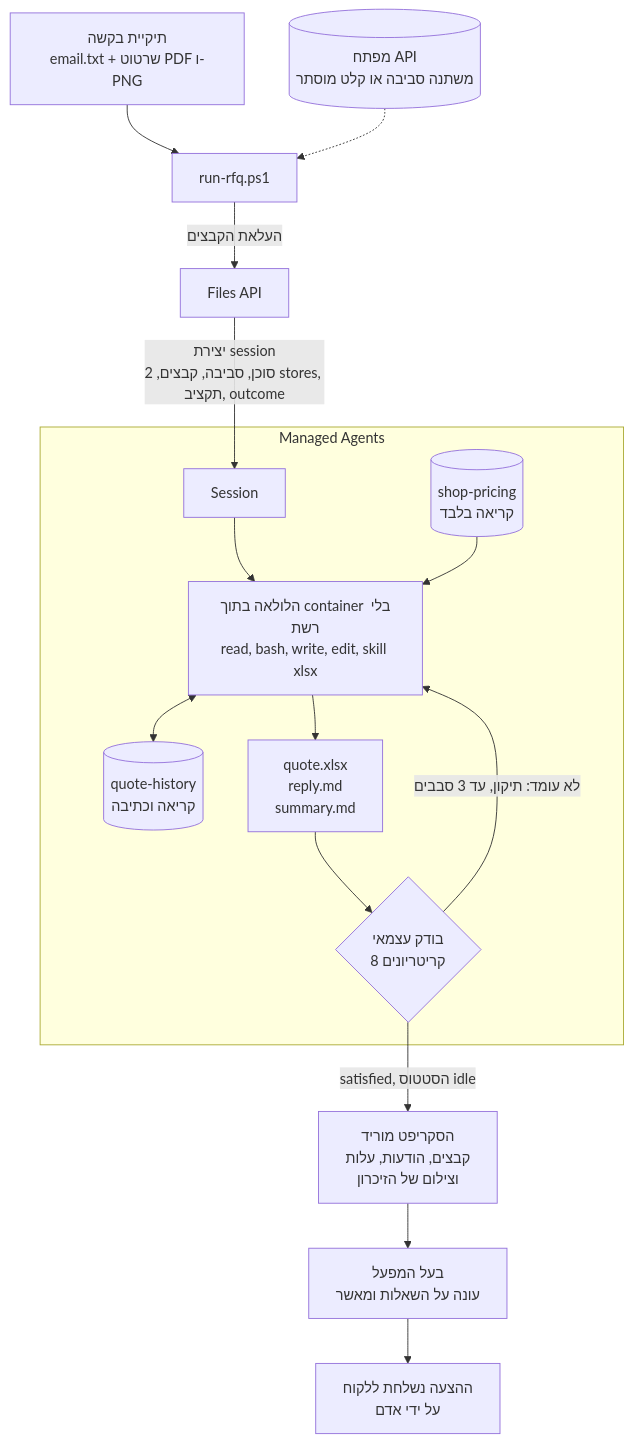
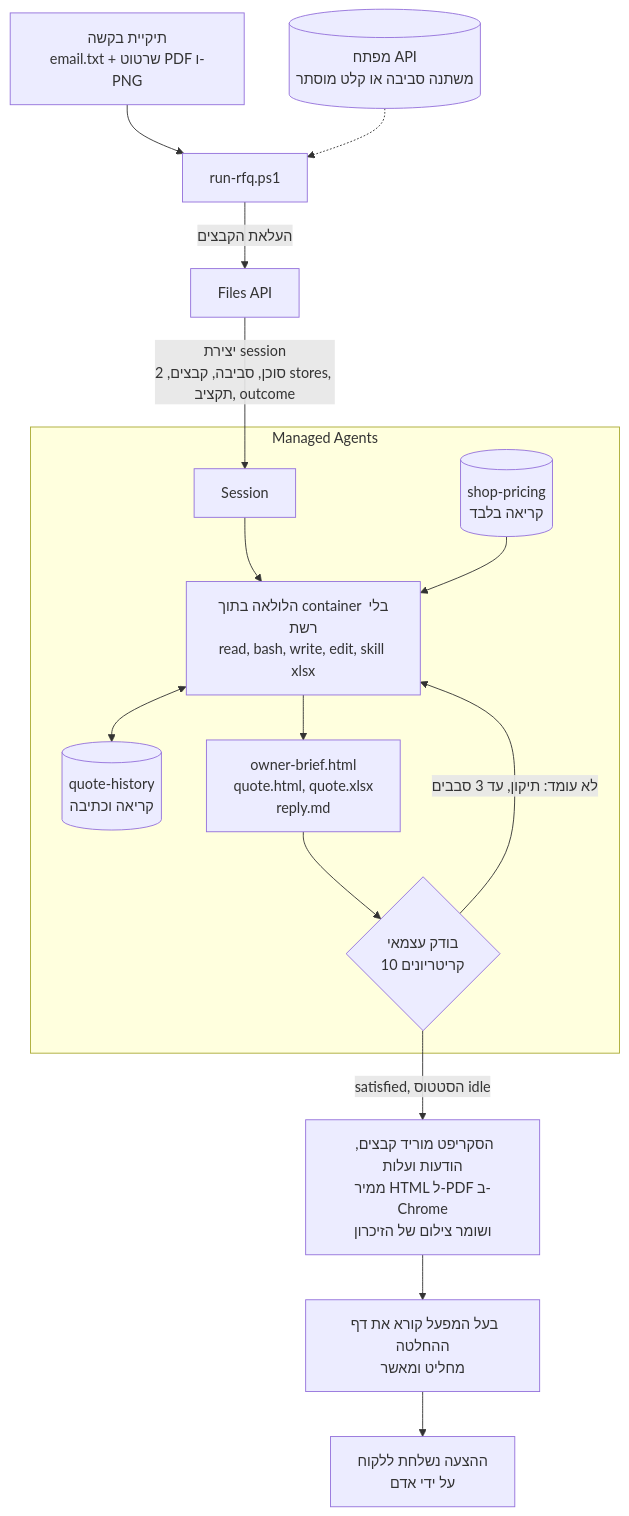
The first of 3 diagrams in Architecture.md (E37dey/aido-rfq-agent), drawn with Mermaid before and after one commit. The commit also changed other lines of this file and 77 other files, not shown here.

Commit message:
Version 2: owner decision brief and customer quote PDFs, 4 real runs, VERIFY.md

````diff
--- a/Architecture.md
+++ b/Architecture.md
@@ -7,20 +7,20 @@
 ```mermaid
 flowchart TD
     A["תיקיית בקשה<br/>email.txt + שרטוט PDF ו-PNG"] --> B["run-rfq.ps1"]
     K[("מפתח API<br/>משתנה סביבה או קלט מוסתר")] -.-> B
     B -->|"העלאת הקבצים"| C["Files API"]
     C -->|"יצירת session<br/>סוכן, סביבה, קבצים, 2 stores, תקציב, outcome"| D
 
     subgraph P["Managed Agents"]
         D["Session"] --> E["הלולאה בתוך container בלי רשת<br/>read, bash, write, edit, skill xlsx"]
         PR[("shop-pricing<br/>קריאה בלבד")] --> E
         E <--> HI[("quote-history<br/>קריאה וכתיבה")]
-        E --> G["quote.xlsx<br/>reply.md<br/>summary.md"]
-        G --> H{"בודק עצמאי<br/>8 קריטריונים"}
+        E --> G["owner-brief.html<br/>quote.html, quote.xlsx<br/>reply.md"]
+        G --> H{"בודק עצמאי<br/>10 קריטריונים"}
         H -->|"לא עומד: תיקון, עד 3 סבבים"| E
     end
 
-    H -->|"satisfied, הסטטוס idle"| J["הסקריפט מוריד<br/>קבצים, הודעות, עלות<br/>וצילום של הזיכרון"]
-    J --> L["בעל המפעל<br/>עונה על השאלות ומאשר"]
+    H -->|"satisfied, הסטטוס idle"| J["הסקריפט מוריד קבצים, הודעות ועלות<br/>ממיר HTML ל-PDF ב-Chrome<br/>ושומר צילום של הזיכרון"]
+    J --> L["בעל המפעל קורא את דף ההחלטה<br/>מחליט ומאשר"]
     L --> M["ההצעה נשלחת ללקוח<br/>על ידי אדם"]
 ```
````
